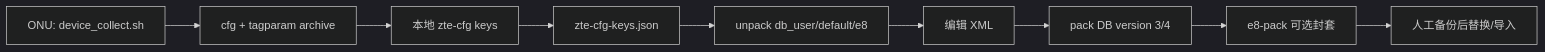
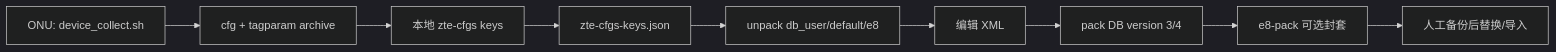
Before and after one commit to OpticalNetworkTerminal/zte-cfgs: the first of 3 diagrams in docs/workflow.md, drawn with Mermaid (dark theme). The commit also changed other lines of this file and 19 other files, not shown here.

First line of the commit message:
feat: rename project and package scripts to zte-cfgs

````diff
--- a/docs/workflow.md
+++ b/docs/workflow.md
@@ -5,11 +5,11 @@
 ```mermaid
 flowchart LR
     A["ONU: device_collect.sh"] --> B["cfg + tagparam archive"]
-    B --> C["本地 zte-cfg keys"]
-    C --> D["zte-cfg-keys.json"]
+    B --> C["本地 zte-cfgs keys"]
+    C --> D["zte-cfgs-keys.json"]
     D --> E["unpack db_user/default/e8"]
     E --> F["编辑 XML"]
     F --> G["pack DB version 3/4"]
     G --> H["e8-pack 可选封套"]
     H --> I["人工备份后替换/导入"]
 ```
````
